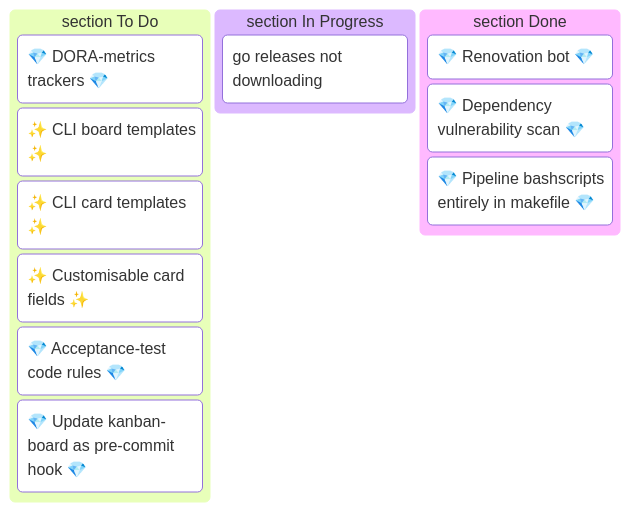
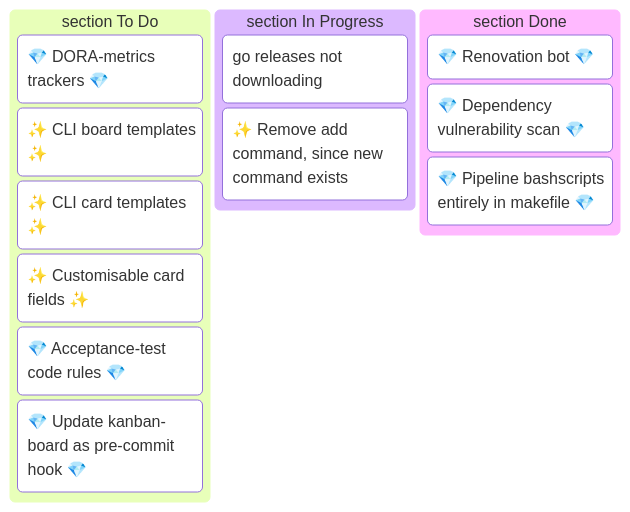
Before and after one commit to jmsargent/Kanban: the diagram in README.md, drawn with Mermaid. The commit also changed other lines of this file and 1 other file, not shown here.

Commit message:
feat: pipeline update, remove old add command

````diff
--- a/README.md
+++ b/README.md
@@ -8,16 +8,17 @@
 ```mermaid
 kanban
   section To Do
     TASK-001@{ label: "💎 DORA-metrics trackers 💎" }
     TASK-002@{ label: "✨ CLI board templates ✨" }
     TASK-003@{ label: "✨ CLI card templates ✨" }
     TASK-004@{ label: "✨ Customisable card fields ✨" }
     TASK-008@{ label: "💎 Acceptance-test code rules 💎" }
     TASK-009@{ label: "💎 Update kanban-board as pre-commit hook 💎" }
   section In Progress
     TASK-010@{ label: "go releases not downloading" }
+    TASK-011@{ label: "✨ Remove add command, since new command exists" }
   section Done
     TASK-005@{ label: "💎 Renovation bot 💎" }
     TASK-006@{ label: "💎 Dependency vulnerability scan 💎" }
     TASK-007@{ label: "💎 Pipeline bashscripts entirely in makefile 💎" }
 ```
````
